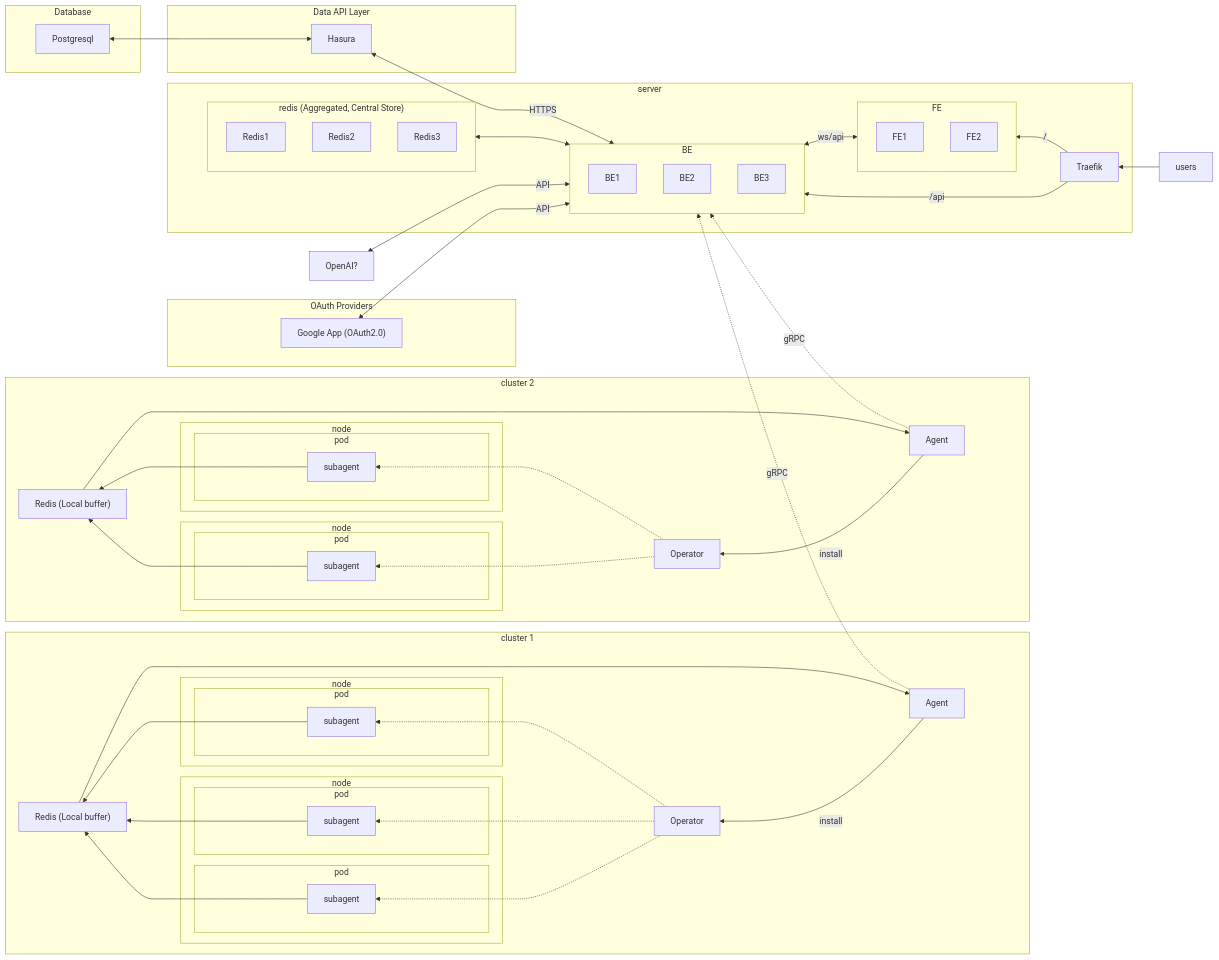
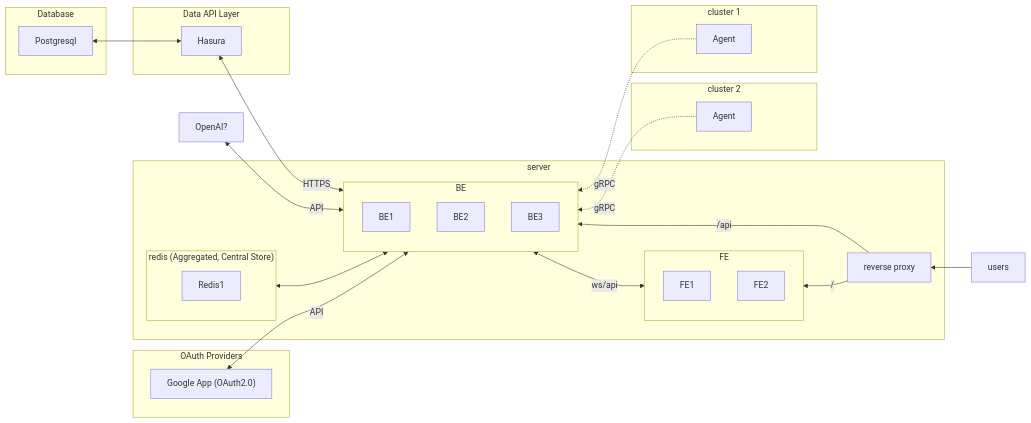
One commit to hwan001/h-console changed the diagram in README.md. Above: the diagram before and after it, drawn with Mermaid.

Commit message:
fix(README.md): 아키텍쳐 수정

```diff
--- a/README.md
+++ b/README.md
@@ -8,7 +8,7 @@
     end
 
     subgraph server["server"]
-        serverProxy["Traefik"]
+        serverProxy["reverse proxy"]
         
         subgraph serverFE["FE"]
             serverFE1["FE1"]
@@ -23,59 +23,17 @@
         
         subgraph serverRedis["redis (Aggregated, Central Store)"]
             serverRedis1["Redis1"]
-            serverRedis2["Redis2"]
-            serverRedis3["Redis3"]
         end
     end
 
     subgraph cluster1["cluster 1"]
-        cluster1_agent["Agent"]
-        cluster1_redis["Redis (Local buffer)"]
-        cluster1_operator["Operator"]
-        
-        subgraph cluster1_node1["node"]
-            subgraph cluster1_node1_pod1["pod"]
-                cluster1_node1_pod1_subagent1["subagent"]
-            end
-            subgraph cluster1_node1_pod2["pod"]
-                cluster1_node1_pod2_subagent1["subagent"]
-            end
-        end
-
-        subgraph cluster1_node2["node"]
-            subgraph cluster1_node2_pod1["pod"]
-                cluster1_node2_pod1_subagent1["subagent"]
-            end
-        end
-
-        cluster1_operator -.-> cluster1_node1_pod1_subagent1 --> cluster1_redis
-        cluster1_operator -.-> cluster1_node1_pod2_subagent1 --> cluster1_redis
-        cluster1_operator -.-> cluster1_node2_pod1_subagent1 --> cluster1_redis
-        cluster1_redis --> cluster1_agent -.gRPC.-> serverBE
-        cluster1_agent --install--> cluster1_operator
+        cluster1_agent["Agent"] 
+        cluster1_agent -.gRPC.-> serverBE
     end
-
 
     subgraph cluster2["cluster 2"]
         cluster2_agent["Agent"]
-        cluster2_redis["Redis (Local buffer)"]
-        cluster2_operator["Operator"]
-        
-        subgraph cluster2_node1["node"]
-            subgraph cluster2_node1_pod2["pod"]
-                cluster2_node1_pod2_subagent1["subagent"]
-            end
-        end
-        subgraph cluster2_node2["node"]
-            subgraph cluster2_node2_pod2["pod"]
-                cluster2_node2_pod2_subagent2["subagent"]
-            end
-        end
-
-        cluster2_operator -.-> cluster2_node1_pod2_subagent1 --> cluster2_redis
-        cluster2_operator -.-> cluster2_node2_pod2_subagent2 --> cluster2_redis
-        cluster2_redis --> cluster2_agent -.gRPC.-> serverBE
-        cluster2_agent --install--> cluster2_operator
+        cluster2_agent -.gRPC.-> serverBE
     end
 
     subgraph dataapilayer["Data API Layer"]
```
